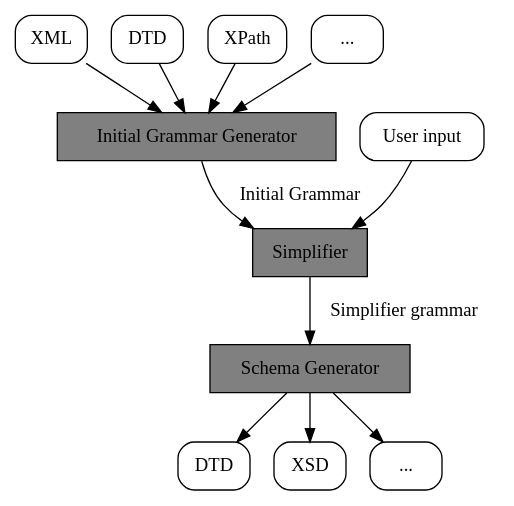
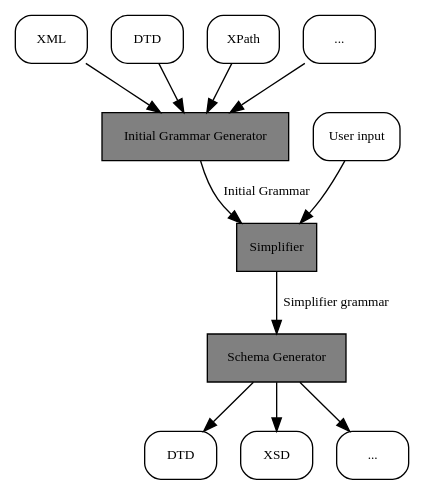
Before and after one commit to otmarjr/jInfer-fork: the diagram in doc/jInfer/full/architecture/inference_process.gv, drawn with Graphviz. The commit also changed 4 other files, not shown here.

Commit message:
3154619 Create documentation for jInfer architecture - minors

```diff
--- a/doc/jInfer/full/architecture/inference_process.gv
+++ b/doc/jInfer/full/architecture/inference_process.gv
@@ -1,24 +1,27 @@
 digraph inference_process {
-	node [shape = rectangle, style= rounded];
+	node [shape = rectangle, fontname = "TeXGyrePagella-Regular", fontsize = 10];
+	edge [fontname = "TeXGyrePagella-Regular", fontsize = 10];
+
+	node [style= rounded];
 	input_xml [label = "XML"];
 	input_dtd [label = "DTD"];
 	input_xpath [label = "XPath"];
 	input_misc [label ="..."];
 	input_xml -> 1;
 	input_dtd -> 1;
 	input_xpath -> 1;
 	input_misc -> 1;
 	1 [label = "Initial Grammar Generator" style = "filled" fillcolor = "grey"];
 	1 -> 2 [label = "Initial Grammar"];
 	user_input [label = "User input"];
 	user_input -> 2;
 	2 [label = "Simplifier" style = "filled" fillcolor = "grey"];
 	2 -> 3 [label = "Simplifier grammar"];
 	3 [label = "Schema Generator" style = "filled" fillcolor = "grey"];
 	output_dtd [label = "DTD"];
 	output_xsd [label = "XSD"];
 	output_misc [label = "..."];
 	3 -> output_dtd;
 	3 -> output_xsd;
 	3 -> output_misc;
 }
```
